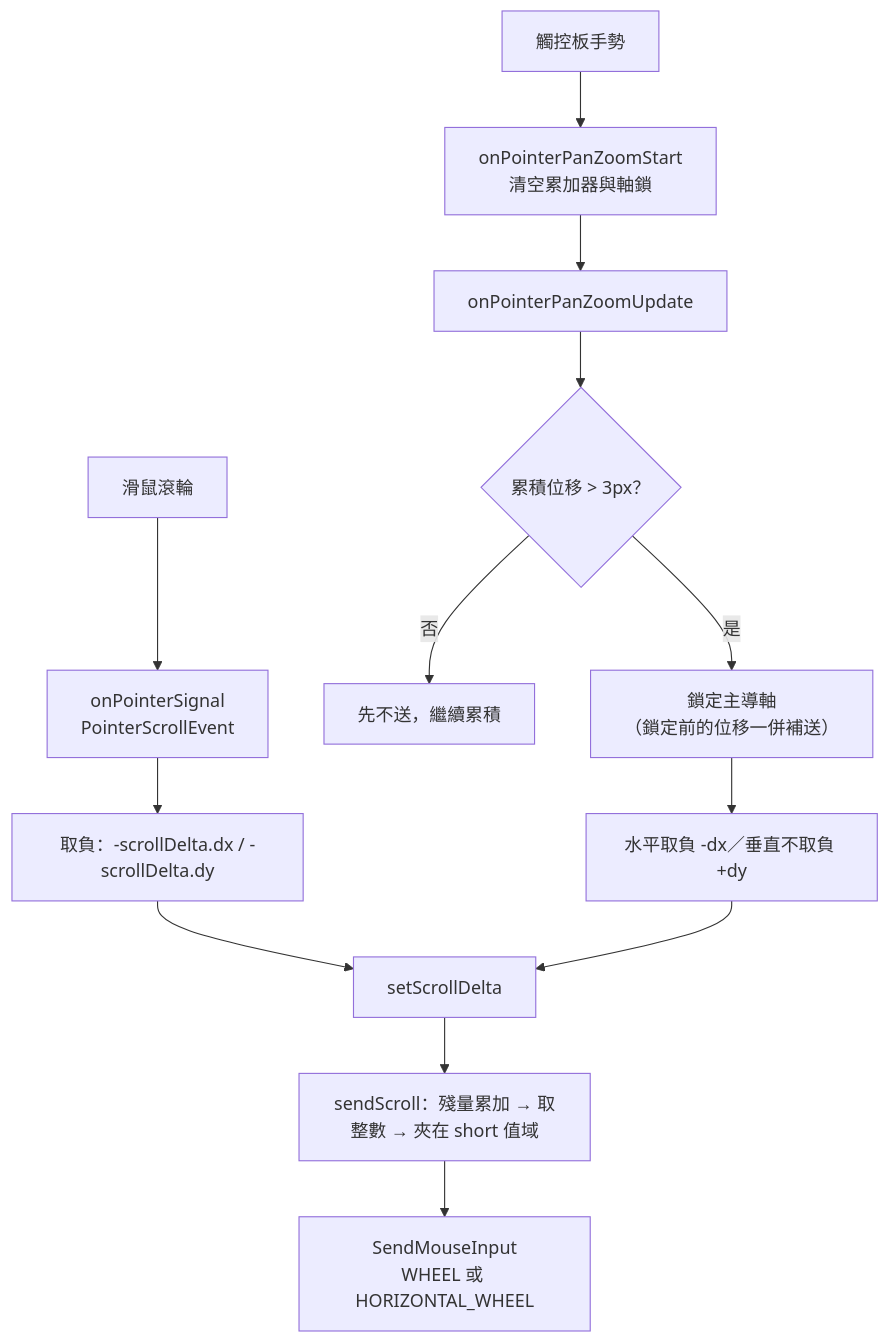
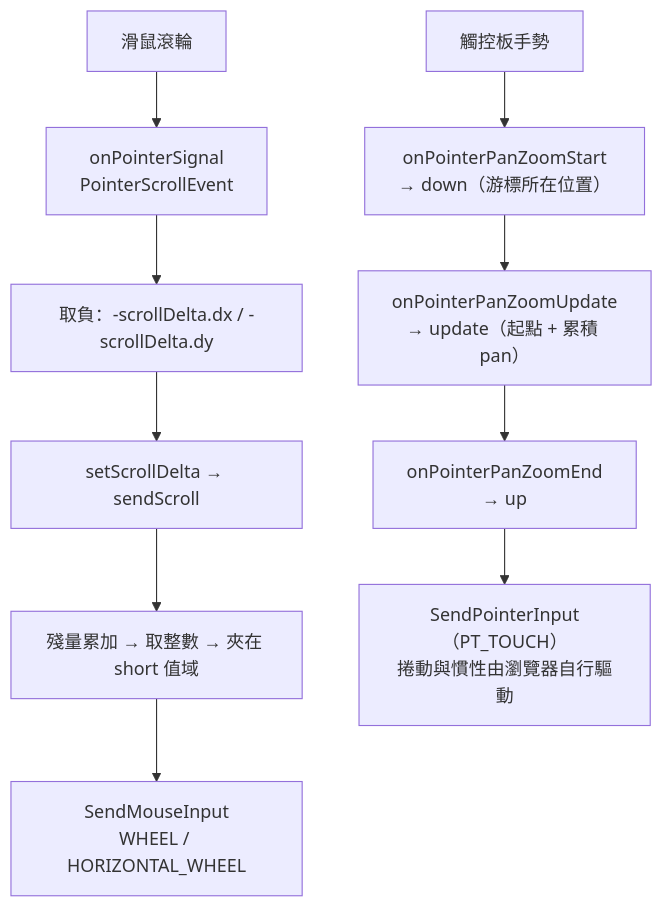
The diagram in .kn-project/wiki/features/windows-scroll-input.md (KNightING/flutter_inappwebview), drawn with Mermaid before and after one commit. The commit also changed other lines of this file and 8 other files, not shown here.

````diff
--- a/.kn-project/wiki/features/windows-scroll-input.md
+++ b/.kn-project/wiki/features/windows-scroll-input.md
@@ -26,17 +23,13 @@
 ```mermaid
 flowchart TD
   M["滑鼠滾輪"] --> M1["onPointerSignal<br/>PointerScrollEvent"]
   M1 --> M2["取負：-scrollDelta.dx / -scrollDelta.dy"]
+  M2 --> S["setScrollDelta → sendScroll"]
+  S --> S1["殘量累加 → 取整數 → 夾在 short 值域"]
+  S1 --> S2["SendMouseInput<br/>WHEEL / HORIZONTAL_WHEEL"]
 
-  P["觸控板手勢"] --> P1["onPointerPanZoomStart<br/>清空累加器與軸鎖"]
-  P1 --> P2["onPointerPanZoomUpdate"]
-  P2 --> P3{"累積位移 > 3px？"}
-  P3 -->|否| P4["先不送，繼續累積"]
-  P3 -->|是| P5["鎖定主導軸<br/>（鎖定前的位移一併補送）"]
-  P5 --> P6["水平取負 -dx／垂直不取負 +dy"]
-
-  M2 --> S["setScrollDelta"]
-  P6 --> S
-  S --> S1["sendScroll：殘量累加 → 取整數 → 夾在 short 值域"]
-  S1 --> S2["SendMouseInput<br/>WHEEL 或 HORIZONTAL_WHEEL"]
+  P["觸控板手勢"] --> P1["onPointerPanZoomStart<br/>→ down（游標所在位置）"]
+  P1 --> P2["onPointerPanZoomUpdate<br/>→ update（起點 + 累積 pan）"]
+  P2 --> P3["onPointerPanZoomEnd<br/>→ up"]
+  P3 --> P4["SendPointerInput（PT_TOUCH）<br/>捲動與慣性由瀏覽器自行驅動"]
 ```
````
